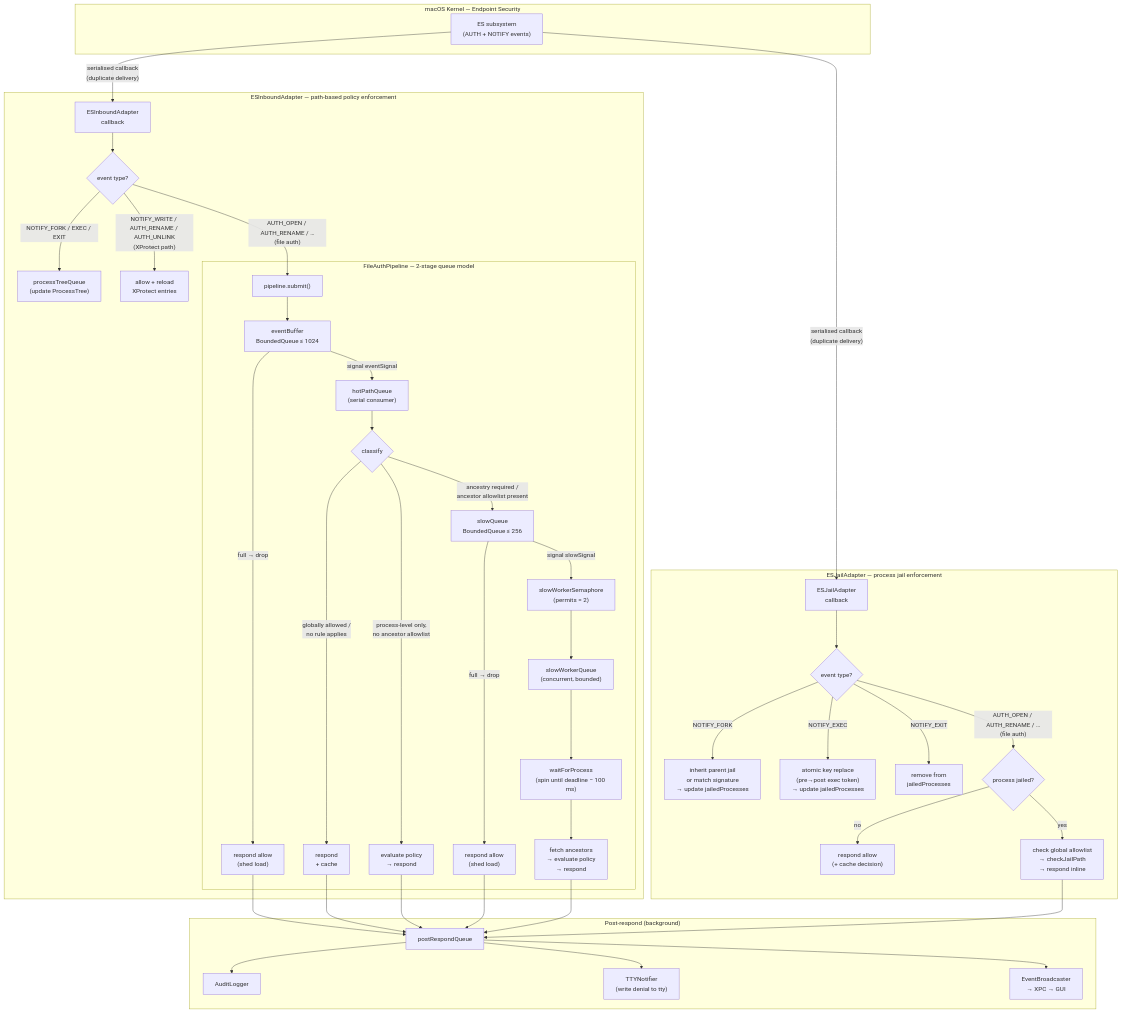
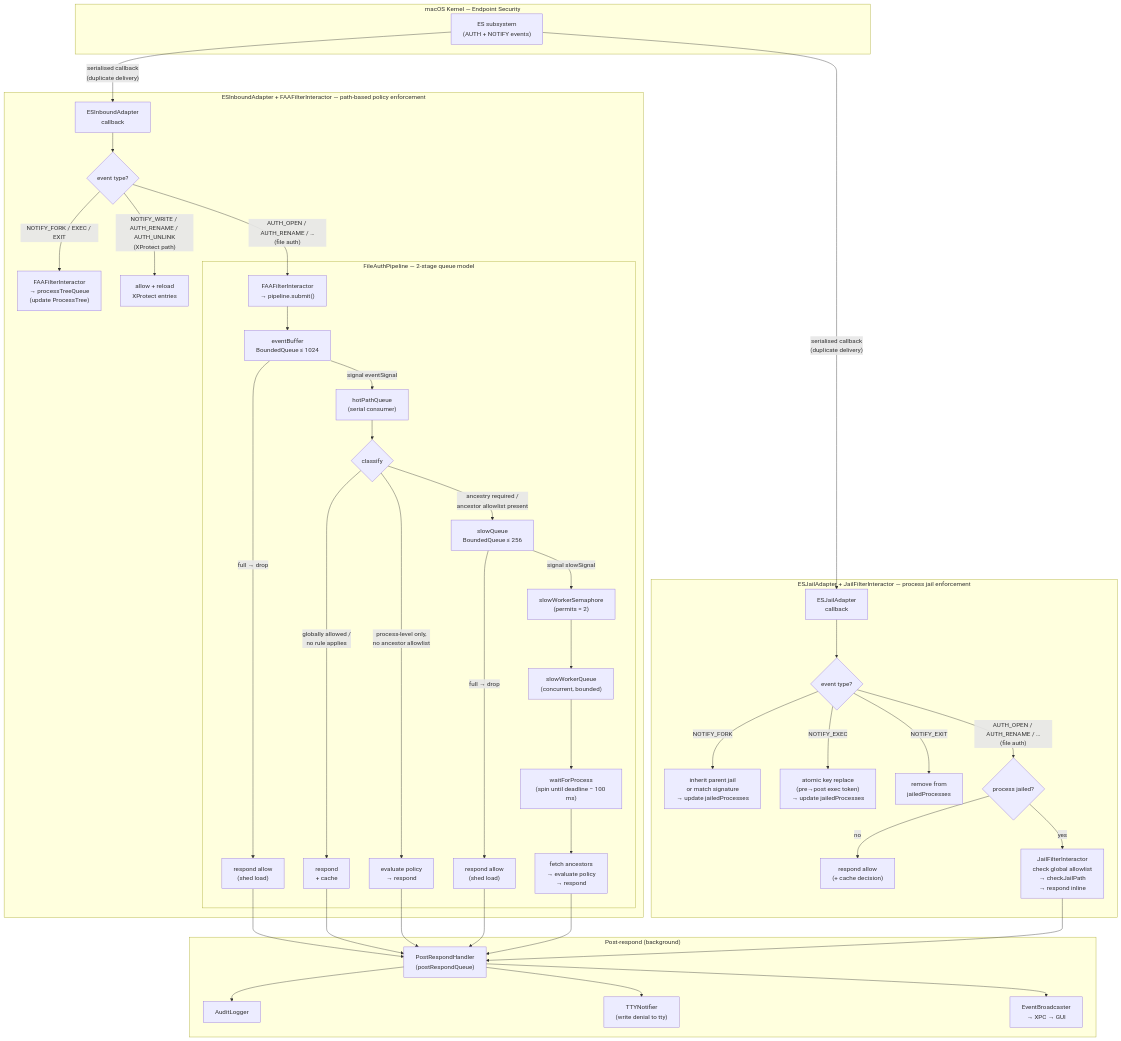
The diagram in README.md (craigjbass/clearancekit), drawn with Mermaid before and after one commit.

Commit message:
Update architecture diagram to reflect FilterInteractor split
Replace FilterInteractor references with FAAFilterInteractor,
JailFilterInteractor, and PostRespondHandler in the event pipeline
Mermaid diagram.

````diff
--- a/README.md
+++ b/README.md
@@ -79,54 +79,54 @@
 ```mermaid
 flowchart TB
     subgraph Kernel["macOS Kernel — Endpoint Security"]
         ES["ES subsystem<br/>(AUTH + NOTIFY events)"]
     end
 
     ES -- "serialised callback<br/>(duplicate delivery)" --> CB_FAA["ESInboundAdapter<br/>callback"]
     ES -- "serialised callback<br/>(duplicate delivery)" --> CB_JAIL["ESJailAdapter<br/>callback"]
 
-    subgraph FAA["ESInboundAdapter — path-based policy enforcement"]
+    subgraph FAA["ESInboundAdapter + FAAFilterInteractor — path-based policy enforcement"]
         CB_FAA --> LIFE_FAA{"event type?"}
-        LIFE_FAA -- "NOTIFY_FORK / EXEC / EXIT" --> TREE_FAA["processTreeQueue<br/>(update ProcessTree)"]
+        LIFE_FAA -- "NOTIFY_FORK / EXEC / EXIT" --> TREE_FAA["FAAFilterInteractor<br/>→ processTreeQueue<br/>(update ProcessTree)"]
         LIFE_FAA -- "NOTIFY_WRITE / AUTH_RENAME / AUTH_UNLINK<br/>(XProtect path)" --> XPROTECT["allow + reload<br/>XProtect entries"]
-        LIFE_FAA -- "AUTH_OPEN / AUTH_RENAME / …<br/>(file auth)" --> SUBMIT["pipeline.submit()"]
+        LIFE_FAA -- "AUTH_OPEN / AUTH_RENAME / …<br/>(file auth)" --> SUBMIT["FAAFilterInteractor<br/>→ pipeline.submit()"]
 
         subgraph Pipeline["FileAuthPipeline — 2-stage queue model"]
             SUBMIT --> EB["eventBuffer<br/>BoundedQueue ≤ 1024"]
             EB -- "full → drop" --> DROP_EB["respond allow<br/>(shed load)"]
             EB -- "signal eventSignal" --> HOT["hotPathQueue<br/>(serial consumer)"]
             HOT --> CLASS{"classify"}
             CLASS -- "globally allowed /<br/>no rule applies" --> RESP_HOT["respond<br/>+ cache"]
             CLASS -- "process-level only,<br/>no ancestor allowlist" --> EVAL_HOT["evaluate policy<br/>→ respond"]
             CLASS -- "ancestry required /<br/>ancestor allowlist present" --> SQ["slowQueue<br/>BoundedQueue ≤ 256"]
             SQ -- "full → drop" --> DROP_SQ["respond allow<br/>(shed load)"]
             SQ -- "signal slowSignal" --> SEMA["slowWorkerSemaphore<br/>(permits = 2)"]
             SEMA --> SLOW["slowWorkerQueue<br/>(concurrent, bounded)"]
             SLOW --> WAIT["waitForProcess<br/>(spin until deadline − 100 ms)"]
             WAIT --> EVAL_SLOW["fetch ancestors<br/>→ evaluate policy<br/>→ respond"]
         end
     end
 
-    subgraph JAIL["ESJailAdapter — process jail enforcement"]
+    subgraph JAIL["ESJailAdapter + JailFilterInteractor — process jail enforcement"]
         CB_JAIL --> LIFE_JAIL{"event type?"}
         LIFE_JAIL -- "NOTIFY_FORK" --> FORK_J["inherit parent jail<br/>or match signature<br/>→ update jailedProcesses"]
         LIFE_JAIL -- "NOTIFY_EXEC" --> EXEC_J["atomic key replace<br/>(pre→post exec token)<br/>→ update jailedProcesses"]
         LIFE_JAIL -- "NOTIFY_EXIT" --> EXIT_J["remove from<br/>jailedProcesses"]
         LIFE_JAIL -- "AUTH_OPEN / AUTH_RENAME / …<br/>(file auth)" --> JAIL_CHECK{"process jailed?"}
         JAIL_CHECK -- "no" --> ALLOW_NJ["respond allow<br/>(+ cache decision)"]
-        JAIL_CHECK -- "yes" --> JAIL_EVAL["check global allowlist<br/>→ checkJailPath<br/>→ respond inline"]
+        JAIL_CHECK -- "yes" --> JAIL_EVAL["JailFilterInteractor<br/>check global allowlist<br/>→ checkJailPath<br/>→ respond inline"]
     end
 
-    RESP_HOT --> POST["postRespondQueue"]
+    RESP_HOT --> POST["PostRespondHandler<br/>(postRespondQueue)"]
     EVAL_HOT --> POST
     EVAL_SLOW --> POST
     DROP_EB --> POST
     DROP_SQ --> POST
     JAIL_EVAL --> POST
 
     subgraph PostRespond["Post-respond (background)"]
         POST --> AUDIT["AuditLogger"]
         POST --> TTY["TTYNotifier<br/>(write denial to tty)"]
         POST --> BROADCAST["EventBroadcaster<br/>→ XPC → GUI"]
     end
 ```
````
